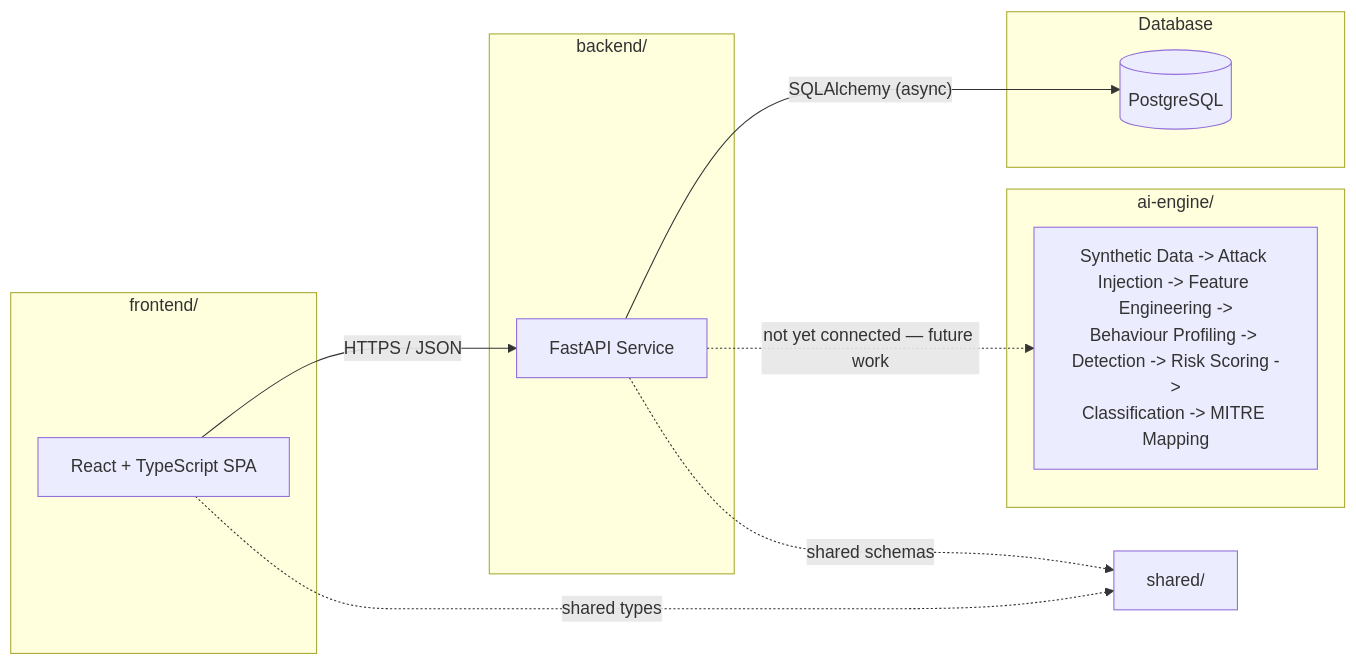
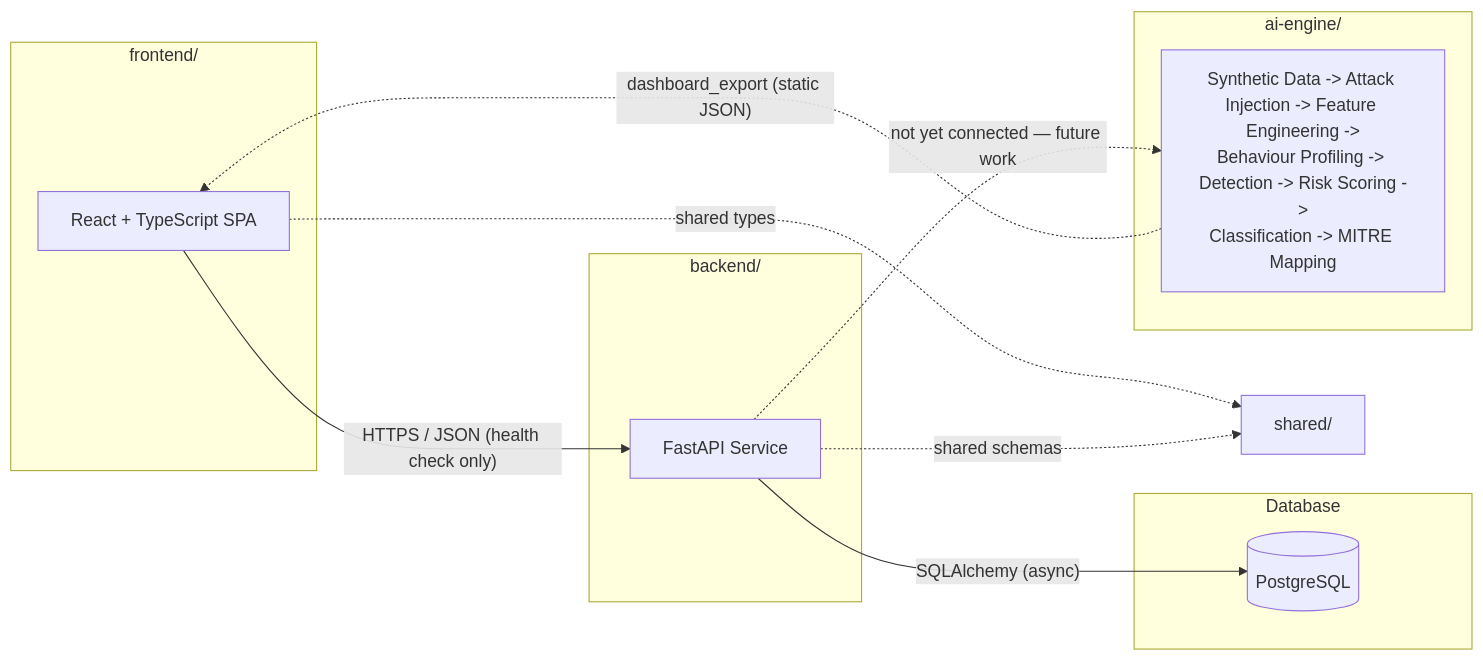
The first of 8 diagrams in docs/ARCHITECTURE.md (Srinithik5/sentinel-ai), drawn with Mermaid before and after one commit. The commit also changed other lines of this file and 10 other files, not shown here.

````diff
--- a/docs/ARCHITECTURE.md
+++ b/docs/ARCHITECTURE.md
@@ -53,24 +57,25 @@
 ```mermaid
 flowchart LR
     subgraph Client["frontend/"]
         FE["React + TypeScript SPA"]
     end
 
     subgraph Server["backend/"]
         BE["FastAPI Service"]
     end
 
     subgraph Persistence["Database"]
         DB[("PostgreSQL")]
     end
 
     subgraph Intelligence["ai-engine/"]
         AI["Synthetic Data -> Attack Injection -> Feature Engineering ->\nBehaviour Profiling -> Detection -> Risk Scoring ->\nClassification -> MITRE Mapping"]
     end
 
-    FE -- "HTTPS / JSON" --> BE
+    FE -- "HTTPS / JSON (health check only)" --> BE
     BE -- "SQLAlchemy (async)" --> DB
     BE -. "not yet connected — future work" .-> AI
+    AI -. "dashboard_export (static JSON)" .-> FE
     FE -. "shared types" .-> SH[shared/]
     BE -. "shared schemas" .-> SH
 ```
````
